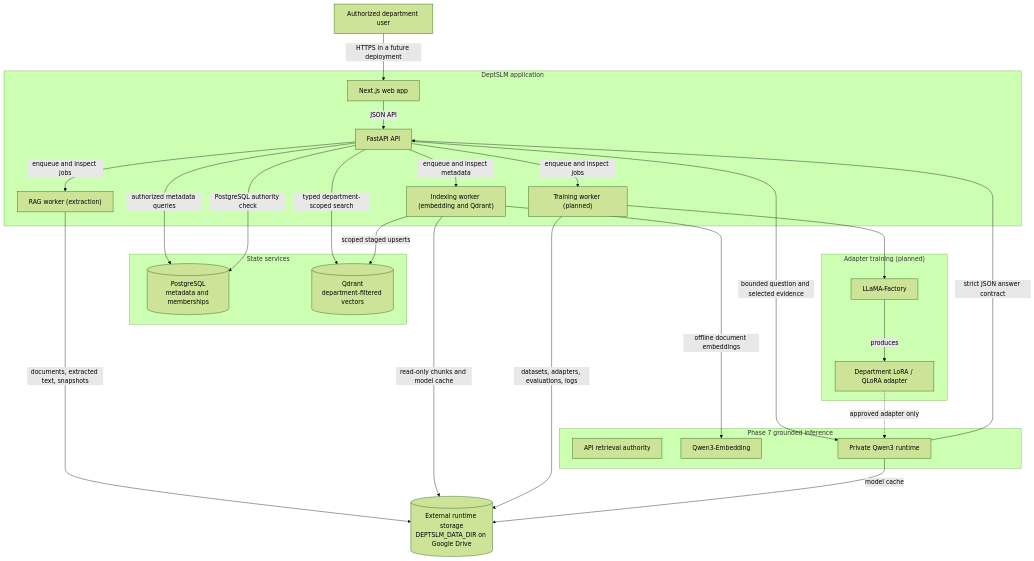
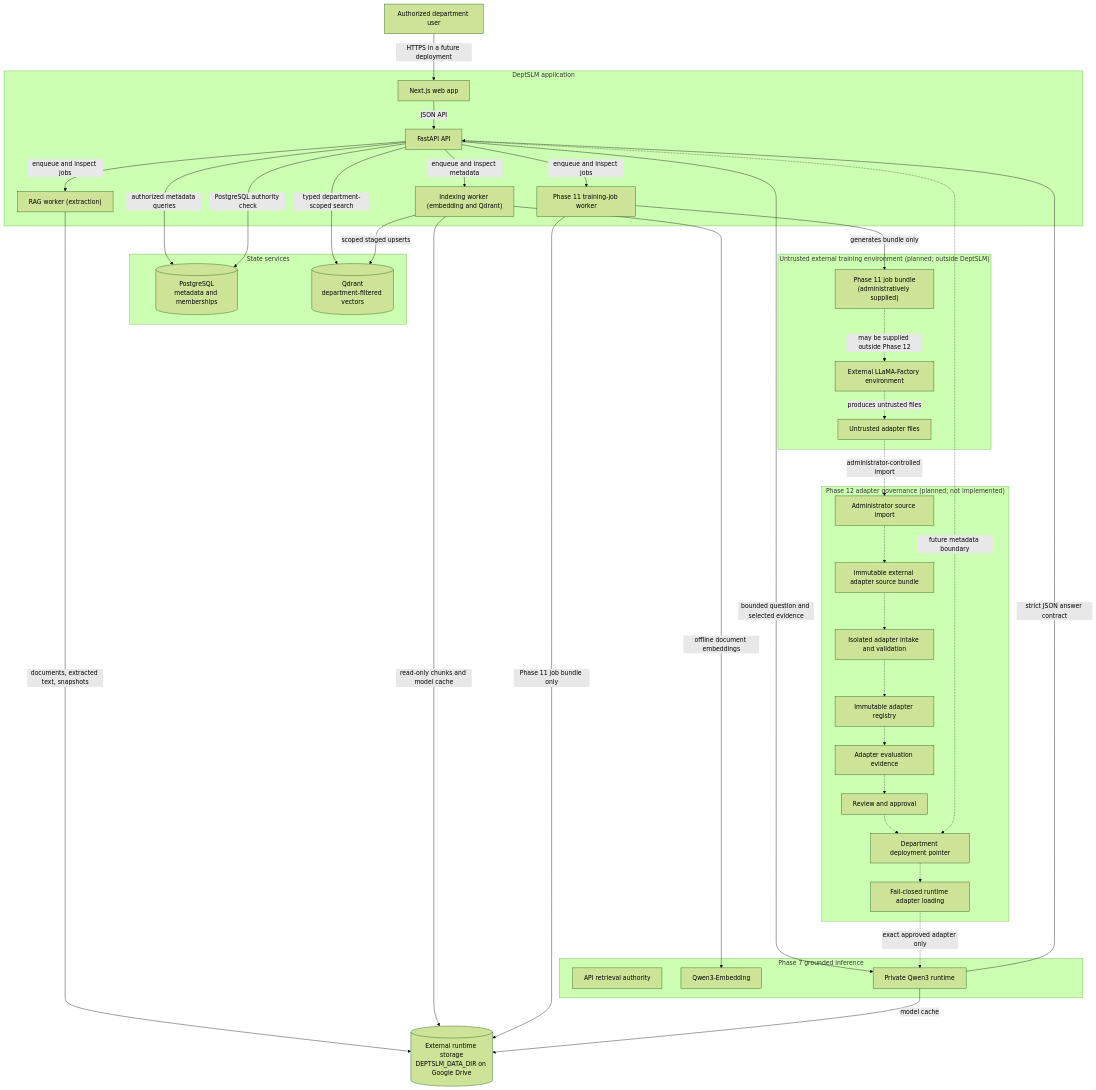
Before and after one commit to Easonsusu/DeptSLM: the diagram in docs/architecture.md, drawn with Mermaid (forest theme). The commit also changed other lines of this file and 10 other files, not shown here.

First line of the commit message:
Phase 12.0: Define adapter registry contract (#13)

````diff
--- a/docs/architecture.md
+++ b/docs/architecture.md
@@ -13,50 +13,72 @@
 ```mermaid
 flowchart TB
     User["Authorized department user"]
 
     subgraph App["DeptSLM application"]
         Web["Next.js web app"]
         API["FastAPI API"]
         RAG["RAG worker (extraction)"]
         Index["Indexing worker (embedding and Qdrant)"]
-        Train["Training worker (planned)"]
+        Train["Phase 11 training-job worker"]
     end
 
     subgraph Data["State services"]
         PG[("PostgreSQL\nmetadata and memberships")]
         QD[("Qdrant\ndepartment-filtered vectors")]
     end
 
     subgraph RAGStack["Phase 7 grounded inference"]
         Retrieve["API retrieval authority"]
         Embed["Qwen3-Embedding"]
         Runtime["Private Qwen3 runtime"]
     end
 
-    subgraph TrainingStack["Adapter training (planned)"]
-        Factory["LLaMA-Factory"]
-        Adapter["Department LoRA / QLoRA adapter"]
+    subgraph ExternalTraining["Untrusted external training environment (planned; outside DeptSLM)"]
+        JobBundle["Phase 11 job bundle\n(administratively supplied)"]
+        Factory["External LLaMA-Factory environment"]
+        ExternalAdapter["Untrusted adapter files"]
+    end
+
+    subgraph AdapterBoundary["Phase 12 adapter governance (planned; not implemented)"]
+        SourceImport["Administrator source import"]
+        ImportBundle["Immutable external adapter source bundle"]
+        Intake["Isolated adapter intake and validation"]
+        Registry["Immutable adapter registry"]
+        Evidence["Adapter evaluation evidence"]
+        Review["Review and approval"]
+        Deployment["Department deployment pointer"]
+        Load["Fail-closed runtime adapter loading"]
     end
 
     Drive[("External runtime storage\nDEPTSLM_DATA_DIR on Google Drive")]
 
     User -->|"HTTPS in a future deployment"| Web
     Web -->|"JSON API"| API
     API -->|"authorized metadata queries"| PG
     API -->|"enqueue and inspect jobs"| RAG
     API -->|"enqueue and inspect metadata"| Index
     API -->|"enqueue and inspect jobs"| Train
     API -->|"typed department-scoped search"| QD
     API -->|"PostgreSQL authority check"| PG
     API -->|"bounded question and selected evidence"| Runtime
     Index -->|"offline document embeddings"| Embed
     Index -->|"scoped staged upserts"| QD
     Runtime -->|"strict JSON answer contract"| API
-    Train --> Factory
-    Factory -->|"produces"| Adapter
-    Adapter -.->|"approved adapter only"| Runtime
+    Train -->|"generates bundle only"| JobBundle
+    JobBundle -.->|"may be supplied outside Phase 12"| Factory
+    Factory -.->|"produces untrusted files"| ExternalAdapter
+    ExternalAdapter -.->|"administrator-controlled import"| SourceImport
+    SourceImport -.-> ImportBundle
+    ImportBundle -.-> Intake
+    Intake -.-> Registry
+    Registry -.-> Evidence
+    Evidence -.-> Review
+    Review -.-> Deployment
+    Deployment -.-> Load
+    Load -.->|"exact approved adapter only"| Runtime
+    API -.->|"future metadata boundary"| Deployment
     RAG -->|"documents, extracted text, snapshots"| Drive
     Index -->|"read-only chunks and model cache"| Drive
-    Train -->|"datasets, adapters, evaluations, logs"| Drive
+    Train -->|"Phase 11 job bundle only"| Drive
     Runtime -->|"model cache"| Drive
 ```
````
